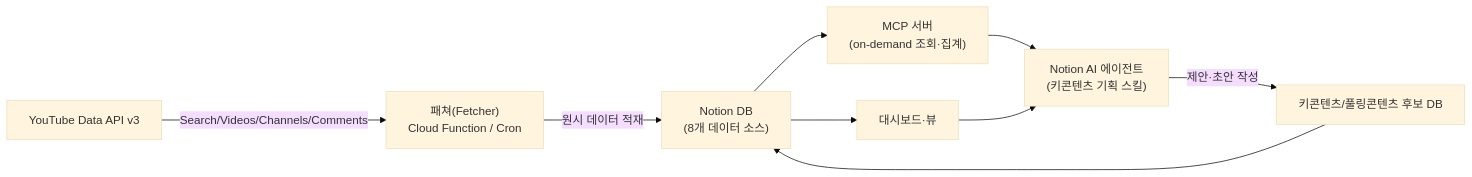
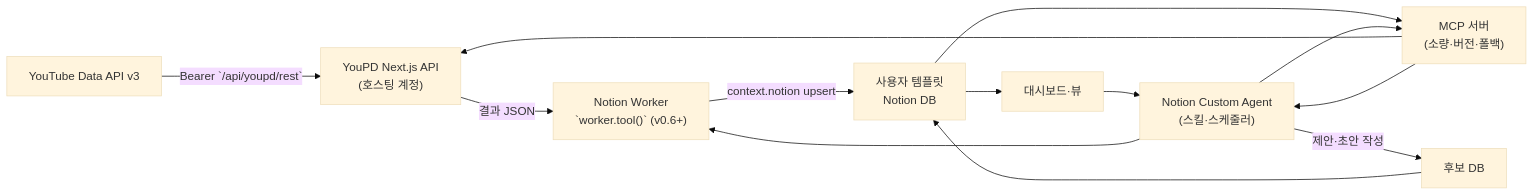
One commit to ssota-labs/youpd changed the first of 3 diagrams in docs/뷰트랩 자체 구축 설계 — Notion DB + YouTube API + MCP c478864759b447d7aa2c2065f5547232.md. Above: the diagram before and after it, drawn with Mermaid (base theme). The commit also changed other lines of this file and 11 other files, not shown here.

First line of the commit message:
feat(notion-worker): switch to tools-only pipeline for template DB writes

````diff
--- a/docs/뷰트랩 자체 구축 설계 — Notion DB + YouTube API + MCP c478864759b447d7aa2c2065f5547232.md
+++ b/docs/뷰트랩 자체 구축 설계 — Notion DB + YouTube API + MCP c478864759b447d7aa2c2065f5547232.md
@@ -14,11 +16,15 @@
 ```mermaid
 flowchart LR
-	YT["YouTube Data API v3"] -->|Search/Videos/Channels/Comments| FE["패쳐(Fetcher)<br>Cloud Function / Cron"]
-	FE -->|원시 데이터 적재| NDB["Notion DB<br>(8개 데이터 소스)"]
+	YT["YouTube Data API v3"] -->|"Bearer `/api/youpd/rest`"| WEB["YouPD Next.js API<br>(호스팅 계정)"]
+	WEB -->|"결과 JSON"| WRK["Notion Worker<br>`worker.tool()` (v0.6+)"]
+	WRK -->|"context.notion upsert"| NDB["사용자 템플릿<br>Notion DB"]
 	NDB --> DASH["대시보드·뷰"]
-	NDB --> MCP["MCP 서버<br>(on-demand 조회·집계)"]
-	MCP --> AGENT["Notion AI 에이전트<br>(키콘텐츠 기획 스킬)"]
+	NDB --> MCP["MCP 서버<br>(소량·버전·폴백)"]
+	MCP --> WEB
+	MCP --> AGENT["Notion Custom Agent<br>(스킬·스케줄러)"]
 	DASH --> AGENT
-	AGENT -->|제안·초안 작성| KC["키콘텐츠/풀링콘텐츠 후보 DB"]
+	AGENT --> WRK
+	AGENT --> MCP
+	AGENT -->|"제안·초안 작성"| KC["후보 DB"]
 	KC --> NDB
 ```
````
